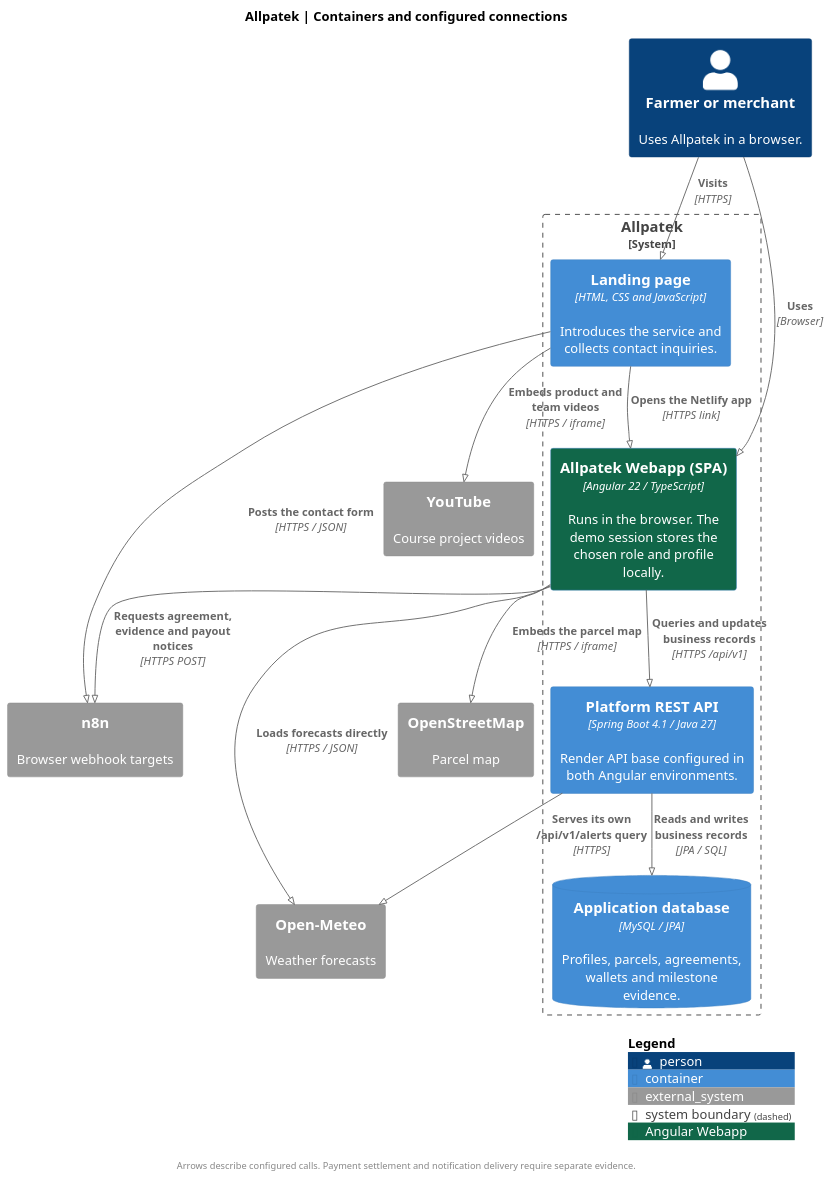
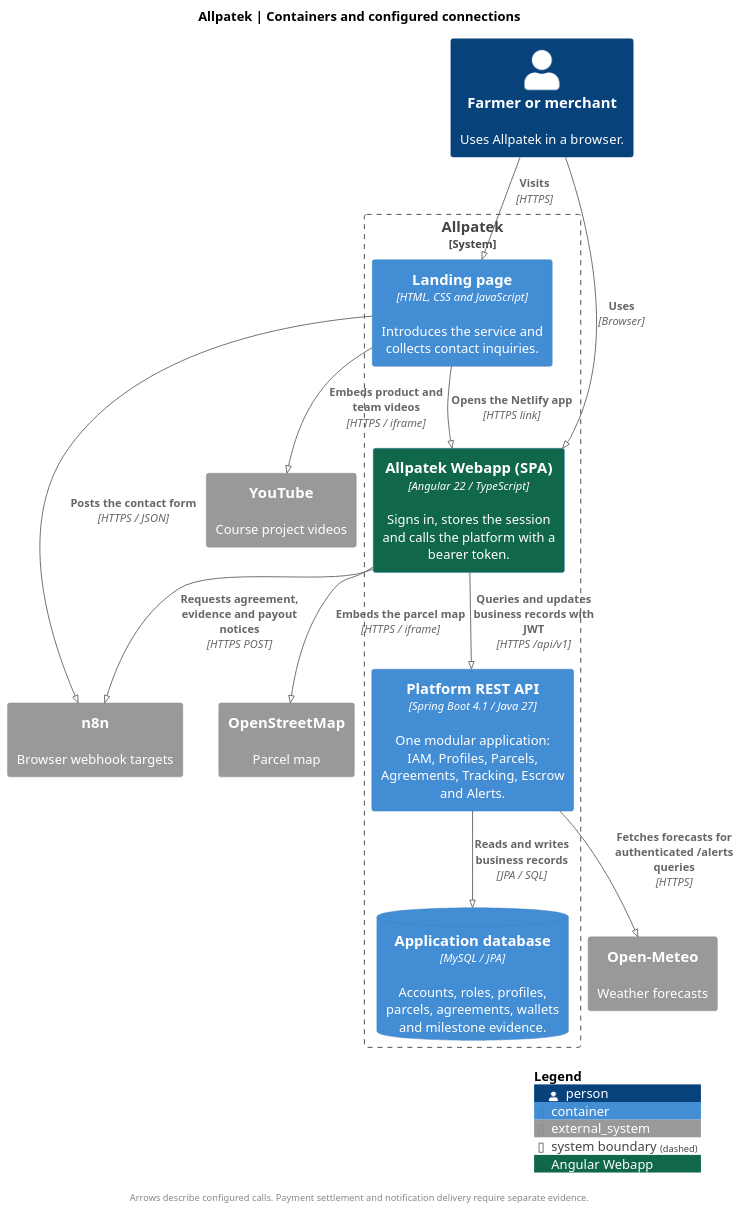
The diagram in assets/chapter-04/architecture/03-containers.puml (upc-pre-202620-1asi0729-7753-Terranova/allpatek-report), drawn with PlantUML before and after one commit. The commit also changed 3 other files, not shown here.

Commit message:
docs(c4): trace authenticated webapp and weather connections

```diff
--- a/assets/chapter-04/architecture/03-containers.puml
+++ b/assets/chapter-04/architecture/03-containers.puml
@@ -1,37 +1,37 @@
 @startuml
 !pragma layout smetana
 !include <C4/C4_Container>
 skinparam backgroundColor white
 skinparam defaultFontName SansSerif
 skinparam shadowing false
 skinparam dpi 125
 title Allpatek | Containers and configured connections
 LAYOUT_TOP_DOWN()
 AddElementTag("webapp", $bgColor="#116749", $fontColor="#FFFFFF", $legendText="Angular Webapp")
 
 Person(user, "Farmer or merchant", "Uses Allpatek in a browser.")
 System_Boundary(allpatek, "Allpatek") {
   Container(landing, "Landing page", "HTML, CSS and JavaScript", "Introduces the service and collects contact inquiries.")
-  Container(web, "Allpatek Webapp (SPA)", "Angular 22 / TypeScript", "Runs in the browser. The demo session stores the chosen role and profile locally.", $tags="webapp")
-  Container(api, "Platform REST API", "Spring Boot 4.1 / Java 27", "Render API base configured in both Angular environments.")
-  ContainerDb(db, "Application database", "MySQL / JPA", "Profiles, parcels, agreements, wallets and milestone evidence.")
+  Container(web, "Allpatek Webapp (SPA)", "Angular 22 / TypeScript", "Signs in, stores the session and calls the platform with a bearer token.", $tags="webapp")
+  Container(api, "Platform REST API", "Spring Boot 4.1 / Java 27", "One modular application: IAM, Profiles, Parcels, Agreements, Tracking, Escrow and Alerts.")
+  ContainerDb(db, "Application database", "MySQL / JPA", "Accounts, roles, profiles, parcels, agreements, wallets and milestone evidence.")
 }
 System_Ext(auto, "n8n", "Browser webhook targets")
 System_Ext(weather, "Open-Meteo", "Weather forecasts")
 System_Ext(maps, "OpenStreetMap", "Parcel map")
 System_Ext(youtube, "YouTube", "Course project videos")
 
 Rel(user, landing, "Visits", "HTTPS")
 Rel(user, web, "Uses", "Browser")
 Rel(landing, web, "Opens the Netlify app", "HTTPS link")
 Rel(landing, youtube, "Embeds product and team videos", "HTTPS / iframe")
 Rel(landing, auto, "Posts the contact form", "HTTPS / JSON")
-Rel(web, api, "Queries and updates business records", "HTTPS /api/v1")
-Rel(web, weather, "Loads forecasts directly", "HTTPS / JSON")
+Rel(web, api, "Queries and updates business records with JWT", "HTTPS /api/v1")
+
 Rel(web, maps, "Embeds the parcel map", "HTTPS / iframe")
 Rel(web, auto, "Requests agreement, evidence and payout notices", "HTTPS POST")
 Rel(api, db, "Reads and writes business records", "JPA / SQL")
-Rel(api, weather, "Serves its own /api/v1/alerts query", "HTTPS")
+Rel(api, weather, "Fetches forecasts for authenticated /alerts queries", "HTTPS")
 footer Arrows describe configured calls. Payment settlement and notification delivery require separate evidence.
 SHOW_LEGEND()
 @enduml
```
